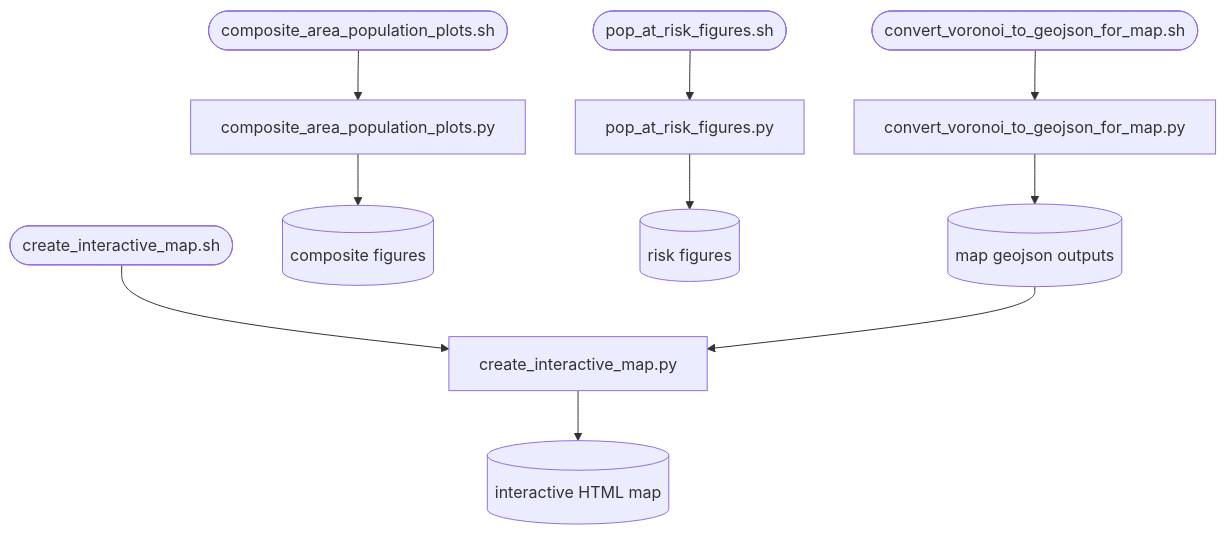
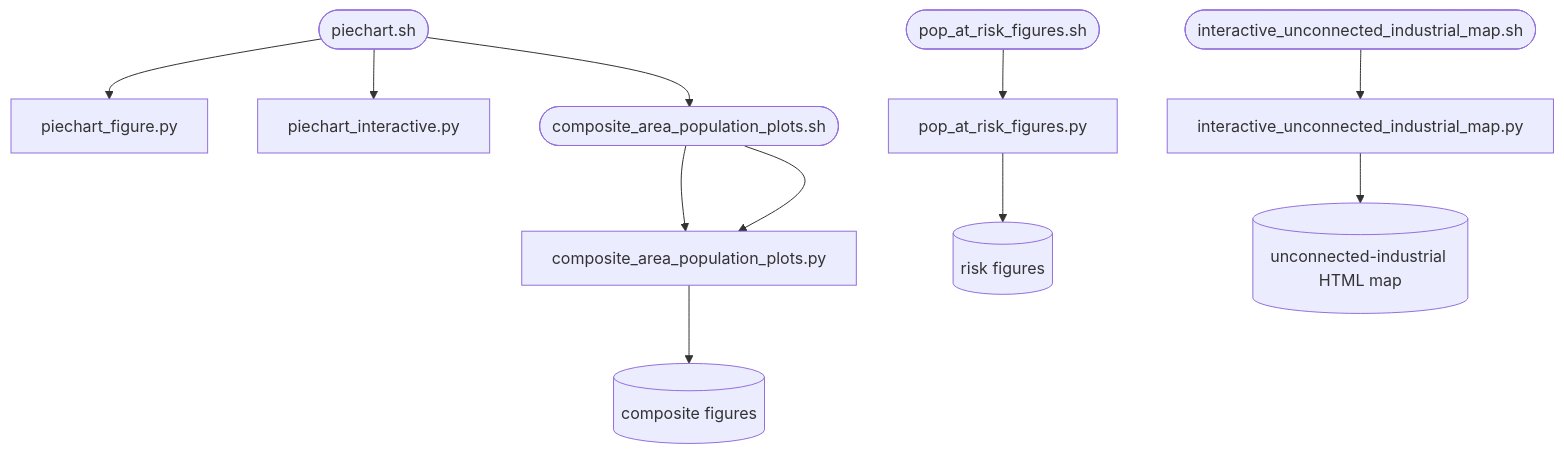
The diagram in src/figures_scripts/README.md (erennere/plant_capacity), drawn with Mermaid before and after one commit. The commit also changed other lines of this file and 38 other files, not shown here.

````diff
--- a/src/figures_scripts/README.md
+++ b/src/figures_scripts/README.md
@@ -53,15 +49,16 @@
 ```mermaid
 graph TD
-  A([convert_voronoi_to_geojson_for_map.sh]) --> B[convert_voronoi_to_geojson_for_map.py]
-  B --> C[(map geojson outputs)]
+  A([piechart.sh]) --> B[piechart_figure.py]
+  A --> C[piechart_interactive.py]
+  A --> D[sizes_interactive_map.py]
+  D --> E[(sizes map geojson/html outputs)]
 
   D([composite_area_population_plots.sh]) --> E[composite_area_population_plots.py]
   E --> F[(composite figures)]
 
   G([pop_at_risk_figures.sh]) --> H[pop_at_risk_figures.py]
   H --> I[(risk figures)]
 
-  J([create_interactive_map.sh]) --> K[create_interactive_map.py]
-  C --> K
-  K --> L[(interactive HTML map)]
+  J([interactive_unconnected_industrial_map.sh]) --> K[interactive_unconnected_industrial_map.py]
+  K --> L[(unconnected-industrial HTML map)]
 ```
````
